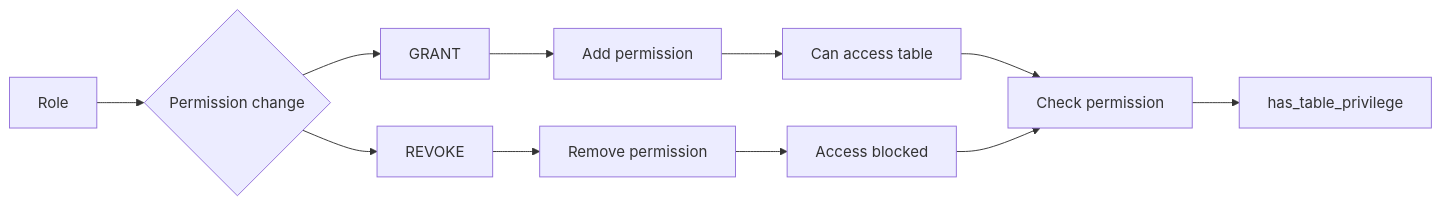
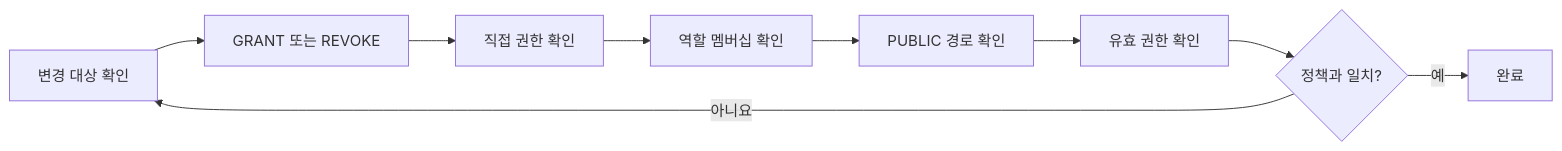
Before and after one commit to GilbertMoon/ai-database-book: the diagram in images/chapter11/ch11_04_grant_revoke_flow.mmd, drawn with Mermaid. The commit also changed 47 other files, not shown here.

Commit message:
Revise Chapters 10 and 11 content and diagrams

```diff
--- a/images/chapter11/ch11_04_grant_revoke_flow.mmd
+++ b/images/chapter11/ch11_04_grant_revoke_flow.mmd
@@ -1,14 +1,9 @@
 flowchart LR
-    A[Role] --> B{Permission change}
-
-    B --> C[GRANT]
-    C --> C1[Add permission]
-    C1 --> C2[Can access table]
-
-    B --> D[REVOKE]
-    D --> D1[Remove permission]
-    D1 --> D2[Access blocked]
-
-    C2 --> E[Check permission]
-    D2 --> E
-    E --> F[has_table_privilege]
+    A[변경 대상 확인] --> B[GRANT 또는 REVOKE]
+    B --> C[직접 권한 확인]
+    C --> D[역할 멤버십 확인]
+    D --> E[PUBLIC 경로 확인]
+    E --> F[유효 권한 확인]
+    F --> G{정책과 일치?}
+    G -- 아니요 --> A
+    G -- 예 --> H[완료]
```
